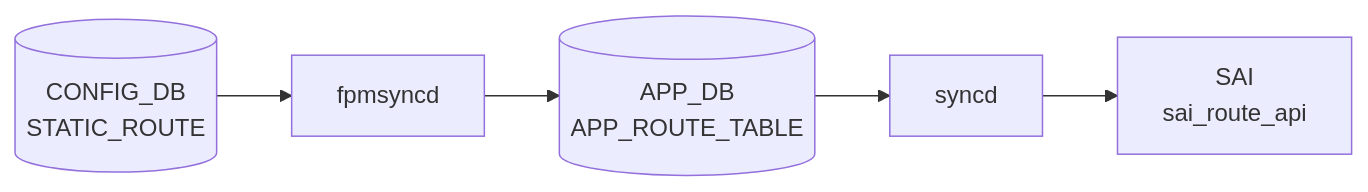
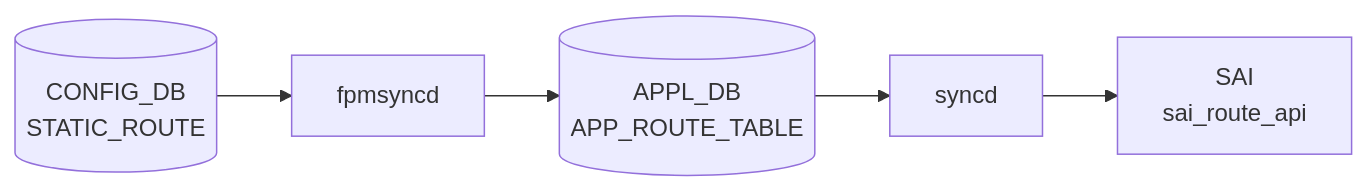
One commit to aoki-taquan/sonic-unofficial-docs changed the diagram in docs/reference/config-db/route-orch.md. Above: the diagram before and after it, drawn with Mermaid. The commit also changed 91 other files, not shown here.

First line of the commit message:
fix(review-067): APP_DB→APPL_DB in mermaid labels; exclude APPL_DB pages from auto-gen

````diff
--- a/docs/reference/config-db/route-orch.md
+++ b/docs/reference/config-db/route-orch.md
@@ -52,12 +52,12 @@
 ```mermaid
 flowchart LR
   CDB[("CONFIG_DB<br/>STATIC_ROUTE")]
   DM["fpmsyncd"]
   CDB --> DM
-  APPDB[("APP_DB<br/>APP_ROUTE_TABLE")]
+  APPDB[("APPL_DB<br/>APP_ROUTE_TABLE")]
   DM --> APPDB
   SYNCD["syncd"]
   APPDB --> SYNCD
   SAI["SAI<br/>sai_route_api"]
   SYNCD --> SAI
 ```
````
